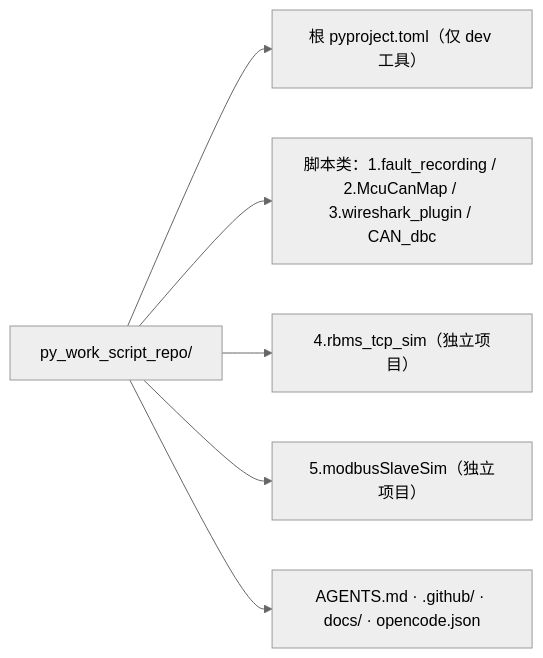
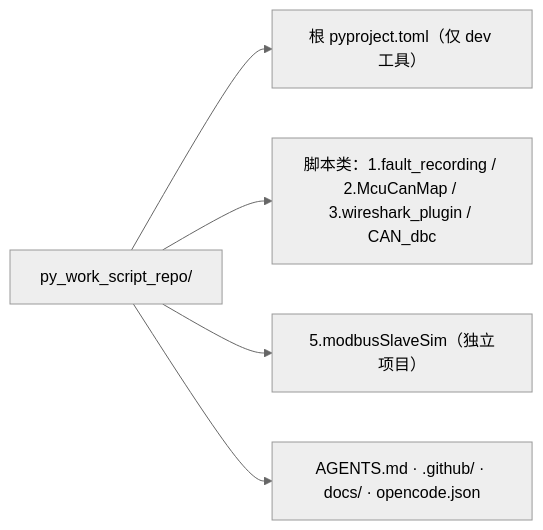
The diagram in docs/monorepo-subproject-standards.md (ffsxsy/py_work_script_repo), drawn with Mermaid (neutral theme) before and after one commit. The commit also changed other lines of this file and 76 other files, not shown here.

First line of the commit message:
Remove 4.rbms_tcp_sim after migration to standalone repo.

````diff
--- a/docs/monorepo-subproject-standards.md
+++ b/docs/monorepo-subproject-standards.md
@@ -27,8 +27,7 @@
 ```mermaid
 flowchart LR
     root["py_work_script_repo/"] --> base["根 pyproject.toml（仅 dev 工具）"]
     root --> scripts["脚本类：1.fault_recording / 2.McuCanMap / 3.wireshark_plugin / CAN_dbc"]
-    root --> proj4["4.rbms_tcp_sim（独立项目）"]
     root --> proj5["5.modbusSlaveSim（独立项目）"]
     root --> dev["AGENTS.md · .github/ · docs/ · opencode.json"]
 ```
````
